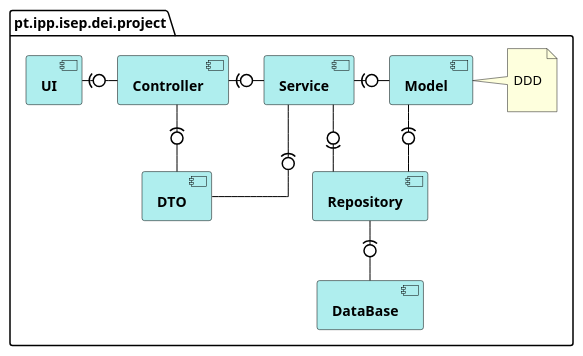
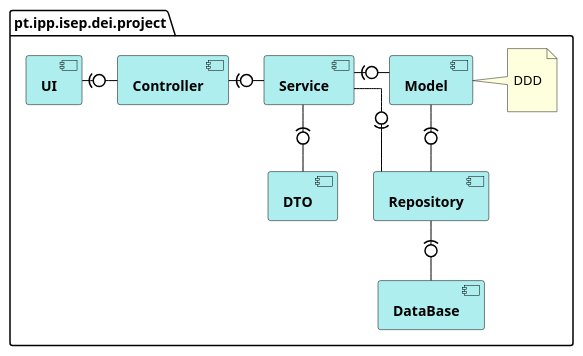
Before and after one commit to 1181687/hateoasToy: the diagram in src/Docs/Architecture_DDD.puml, drawn with PlantUML. The commit also changed 1 other file, not shown here.

Commit message:
New Architecture Uml (to reflect DDD Changes)

```diff
--- a/src/Docs/Architecture_DDD.puml
+++ b/src/Docs/Architecture_DDD.puml
@@ -1,31 +1,31 @@
 @startuml
 skinparam linetype ortho
 
 skinparam component {
 	BackgroundColor PaleTurquoise
 	ArrowColor Black
 	BorderColor Black
 	FontStyle Bold
 }
 
 hide circle
 
 package "pt.ipp.isep.dei.project" {
 [UI] -right(0- [Controller]
 [Service] -down(0- [DTO]
 [Controller] -right(0- [Service]
 [Service] -right(0- [Model]
 [Model] -down(0- [Repository]
 [Repository] -up(0- [Service]
 [Repository] -down(0- [DataBase]
-[Controller] -(0- [DTO]
+
 
 
 note right of [Model]
 
 DDD
 
 end note
 }
 
 @enduml
```
